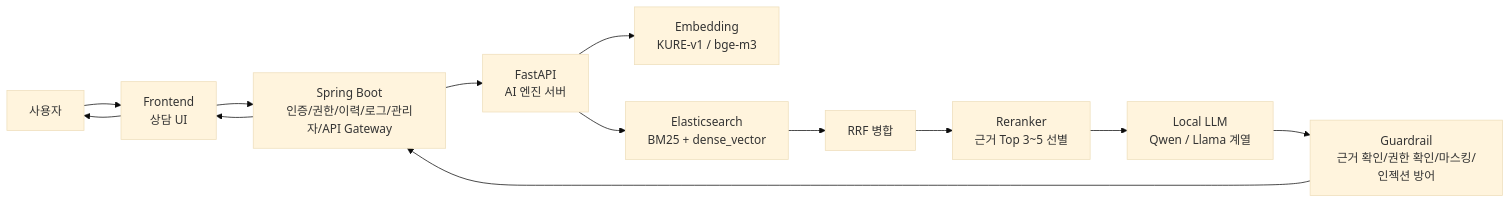
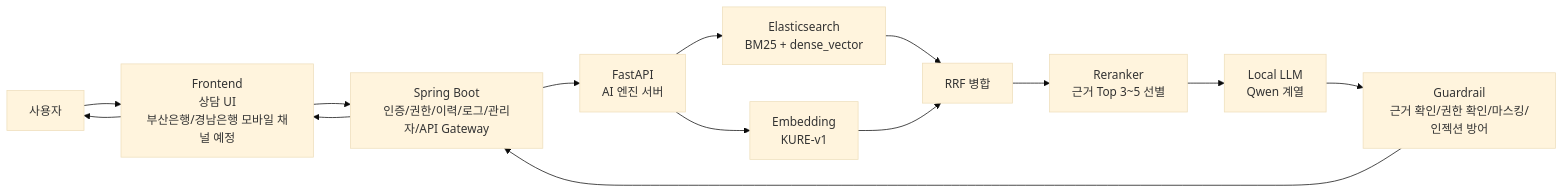
One commit to BNK-InsightLab-RCB/BNK_Bot changed the first of 2 diagrams in README.md. Above: the diagram before and after it, drawn with Mermaid (base theme). The commit also changed other lines of this file, not shown here.

````diff
--- a/README.md
+++ b/README.md
@@ -32,15 +31,16 @@
 ```mermaid
 flowchart LR
-    U["사용자"] --> FE["Frontend<br/>상담 UI"]
+    U["사용자"] --> FE["Frontend<br/>상담 UI<br/>부산은행/경남은행 모바일 채널 예정"]
     FE --> SB["Spring Boot<br/>인증/권한/이력/로그/관리자/API Gateway"]
     SB --> FA["FastAPI<br/>AI 엔진 서버"]
-    FA --> EMB["Embedding<br/>KURE-v1 / bge-m3"]
+    FA --> EMB["Embedding<br/>KURE-v1"]
     FA --> ES["Elasticsearch<br/>BM25 + dense_vector"]
     ES --> RRF["RRF 병합"]
+    EMB --> RRF
     RRF --> RR["Reranker<br/>근거 Top 3~5 선별"]
-    RR --> LLM["Local LLM<br/>Qwen / Llama 계열"]
+    RR --> LLM["Local LLM<br/>Qwen 계열"]
     LLM --> GD["Guardrail<br/>근거 확인/권한 확인/마스킹/인젝션 방어"]
     GD --> SB
     SB --> FE
     FE --> U
 ```
````
